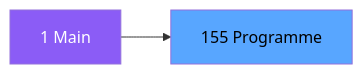
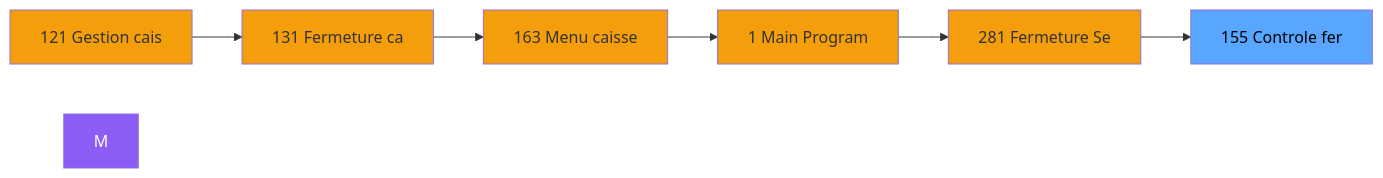
Before and after one commit to thonyAGP/magic-migration: the second of 3 diagrams in .openspec/specs/ADH-IDE-155.md, drawn with Mermaid. The commit also changed other lines of this file and 323 other files, not shown here.

````diff
--- a/.openspec/specs/ADH-IDE-155.md
+++ b/.openspec/specs/ADH-IDE-155.md
@@ -129,8 +149,21 @@
 ```mermaid
 graph LR
-    M[1 Main]
-    T[155 Programme]
-    M --> T
+    N121[121 Gestion cais]
+    N131[131 Fermeture ca]
+    N163[163 Menu caisse ]
+    N1[1 Main Program]
+    N281[281 Fermeture Se]
+    T[155 Controle fer]
+    N121 --> N131
+    N131 --> N163
+    N163 --> N1
+    N1 --> N281
+    N281 --> T
     style M fill:#8b5cf6,color:#fff
+    style N121 fill:#f59e0b
+    style N131 fill:#f59e0b
+    style N163 fill:#f59e0b
+    style N1 fill:#f59e0b
+    style N281 fill:#f59e0b
     style T fill:#58a6ff,color:#000
 ```
````
